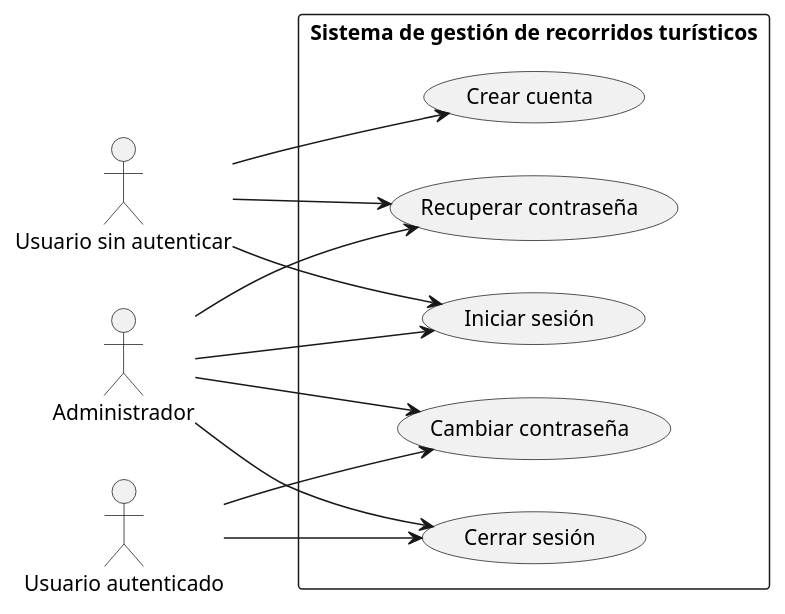
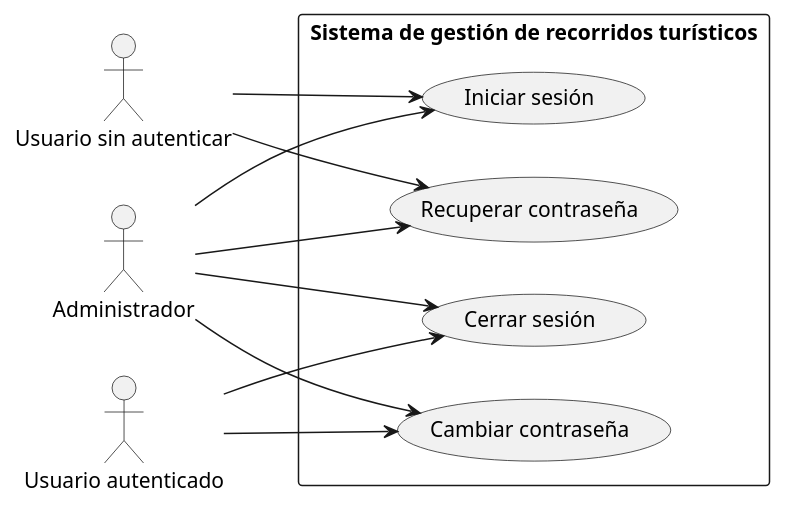
One commit to LauKnitIn/SISTEMA-GESTOR-DE-RECORRIDOS changed the diagram in diagramas_modulo_autenticacion/casos-uso-modulo-autenticacion/CU_Modulo_autenticacion.puml. Above: the diagram before and after it, drawn with PlantUML. The commit also changed 3 other files, not shown here.

Commit message:
Se eliminaron los diagramas relacionados con Crear cuenta.

```diff
--- a/diagramas_modulo_autenticacion/casos-uso-modulo-autenticacion/CU_Modulo_autenticacion.puml
+++ b/diagramas_modulo_autenticacion/casos-uso-modulo-autenticacion/CU_Modulo_autenticacion.puml
@@ -1,25 +1,23 @@
 @startuml
 left to right direction
 actor "Usuario sin autenticar" as UA
 actor "Usuario autenticado" as UAT
 actor "Administrador" as Admin
 
 rectangle "Sistema de gestión de recorridos turísticos" {
-  usecase "Crear cuenta" as UC1
   usecase "Iniciar sesión" as UC2
   usecase "Recuperar contraseña" as UC3
   usecase "Cerrar sesión" as UC4
   usecase "Cambiar contraseña" as UC5
 }
 
-UA --> UC1
 UA --> UC2
 UA --> UC3
 Admin --> UC2
 Admin --> UC3
 Admin --> UC4
 Admin --> UC5
 UAT --> UC4
 UAT --> UC5
 
 @enduml
```
